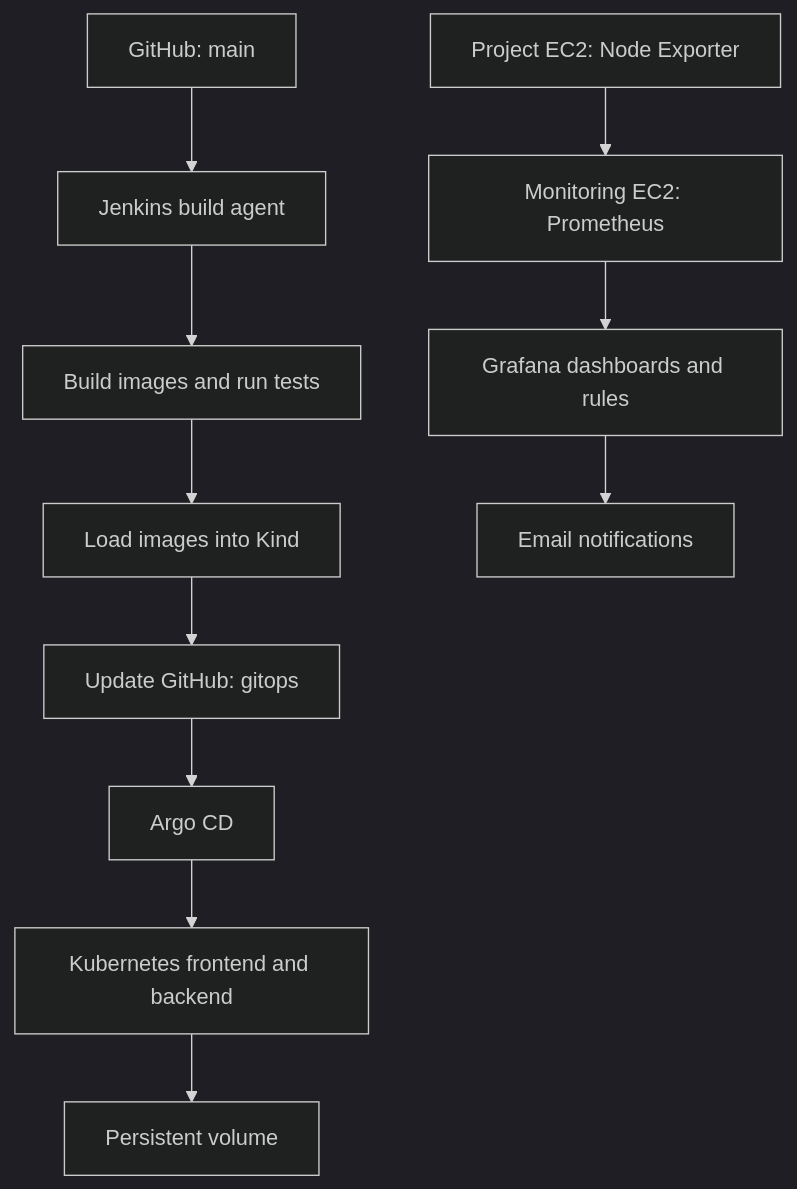
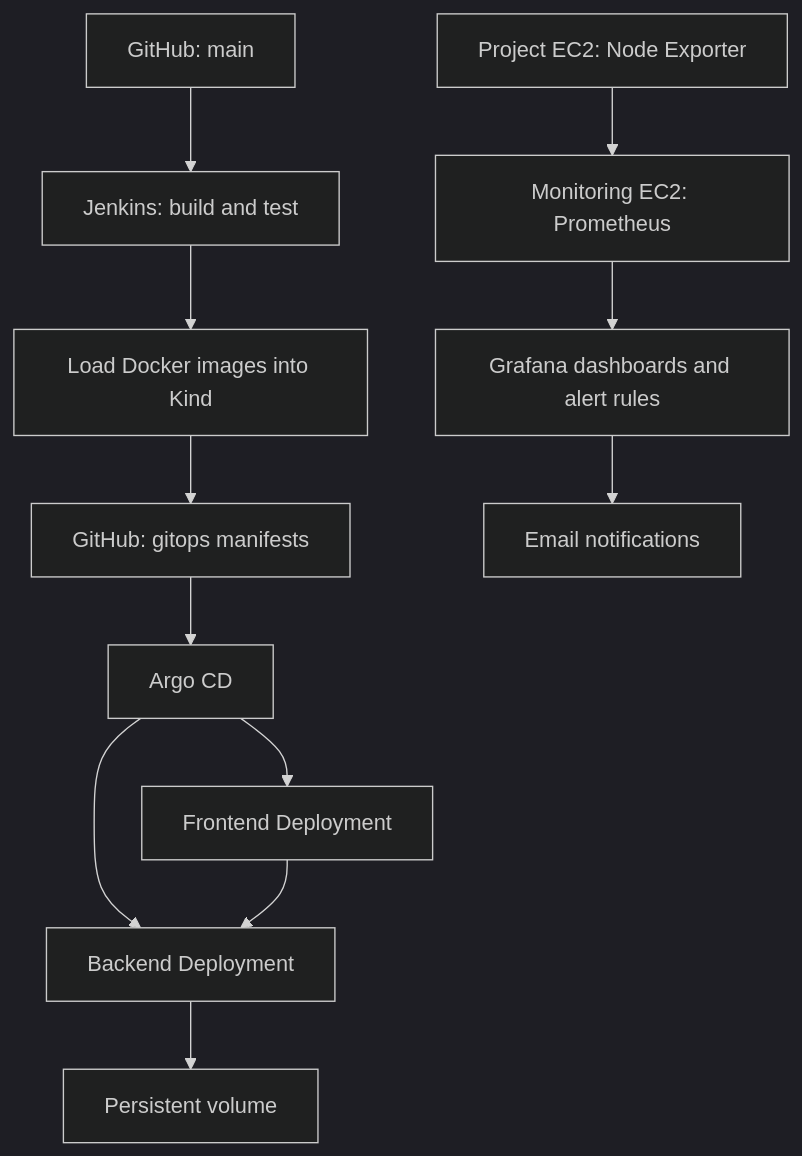
One commit to Aadi12351/distributed-file-storage changed the diagram in README.md. Above: the diagram before and after it, drawn with Mermaid (dark theme). The commit also changed other lines of this file, not shown here.

````diff
--- a/README.md
+++ b/README.md
@@ -57,14 +57,15 @@
 ```mermaid
 flowchart TD
-    Git["GitHub: main"] --> Jenkins["Jenkins build agent"]
-    Jenkins --> Tests["Build images and run tests"]
-    Tests --> Images["Load images into Kind"]
-    Images --> GitOps["Update GitHub: gitops"]
+    Source["GitHub: main"] --> CI["Jenkins: build and test"]
+    CI --> Images["Load Docker images into Kind"]
+    Images --> GitOps["GitHub: gitops manifests"]
     GitOps --> Argo["Argo CD"]
-    Argo --> App["Kubernetes frontend and backend"]
-    App --> Storage["Persistent volume"]
+    Argo --> Frontend["Frontend Deployment"]
+    Argo --> Backend["Backend Deployment"]
+    Frontend --> Backend
+    Backend --> Data["Persistent volume"]
 
     Exporter["Project EC2: Node Exporter"] --> Prometheus["Monitoring EC2: Prometheus"]
-    Prometheus --> Grafana["Grafana dashboards and rules"]
+    Prometheus --> Grafana["Grafana dashboards and alert rules"]
     Grafana --> Email["Email notifications"]
 ```
````
